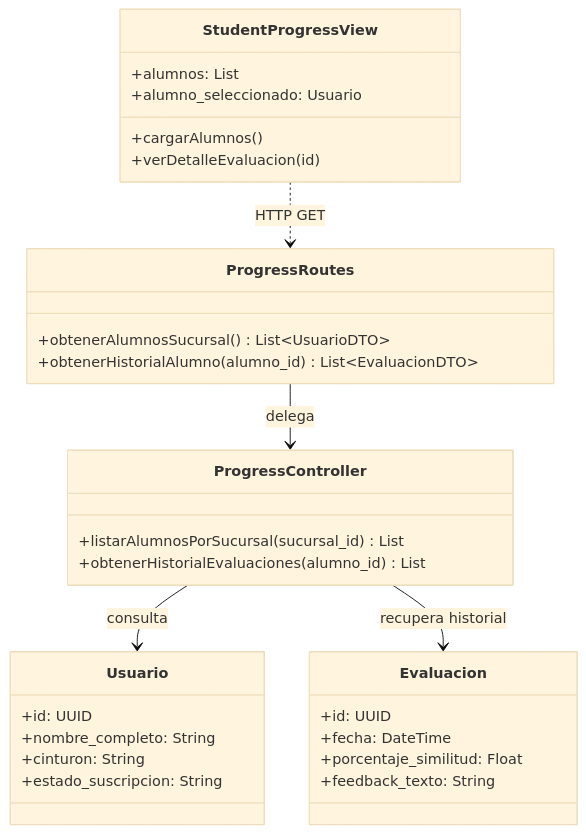
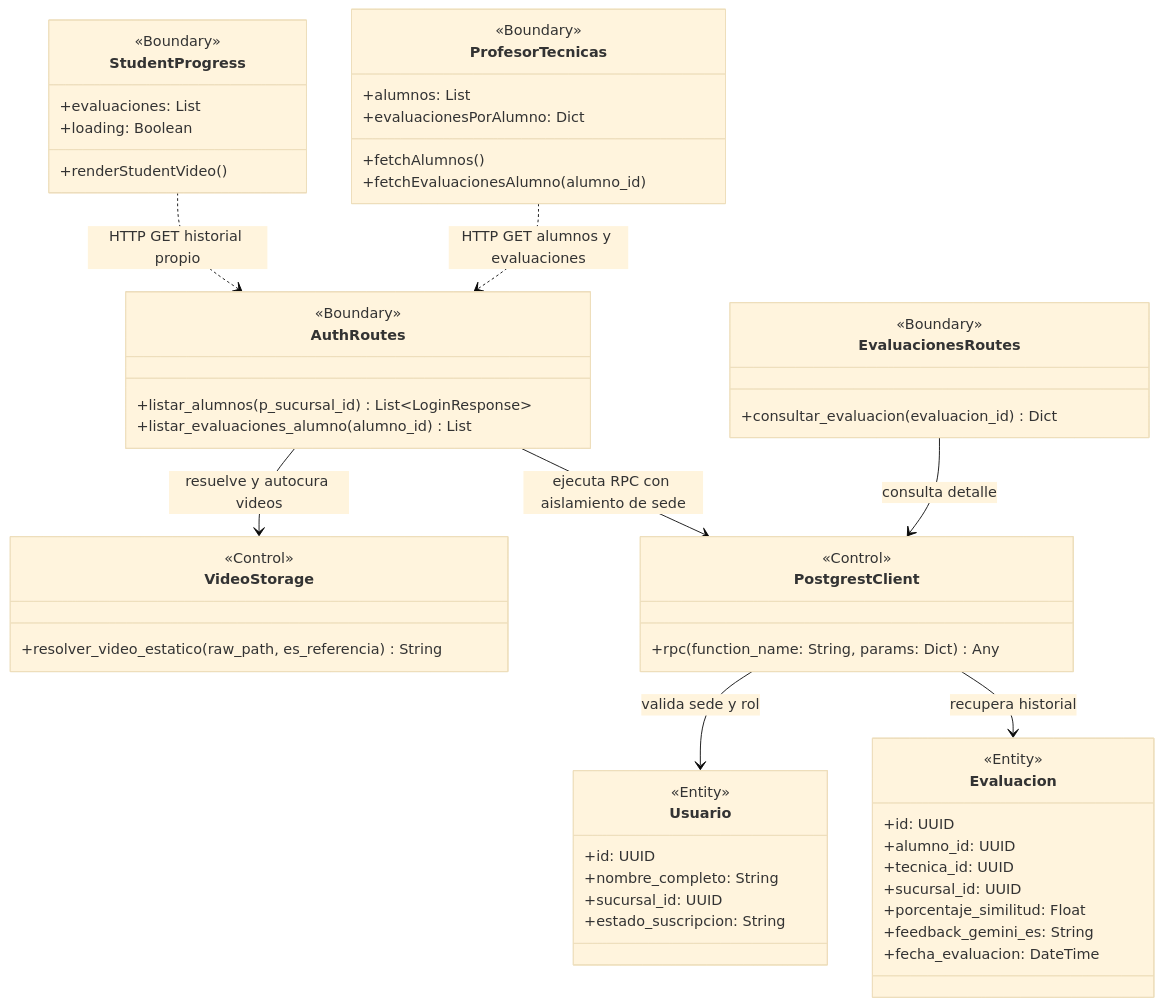
One commit to Tsmrain/JiuJitsu changed the diagram in docs/diagramas/codigo/cu07_clases.mmd. Above: the diagram before and after it, drawn with Mermaid (base theme). The commit also changed 86 other files, not shown here.

Commit message:
docs: actualizar ProyectoGrado bajo ICONIX con diagramas Mermaid, Cap IX y CV, y sincronizar cambios recientes

```diff
--- a/docs/diagramas/codigo/cu07_clases.mmd
+++ b/docs/diagramas/codigo/cu07_clases.mmd
@@ -1,36 +1,63 @@
 classDiagram
-    class StudentProgressView {
-        +alumnos: List
-        +alumno_seleccionado: Usuario
-        +cargarAlumnos()
-        +verDetalleEvaluacion(id)
+    class StudentProgress {
+        <<Boundary>>
+        +evaluaciones: List
+        +loading: Boolean
+        +renderStudentVideo()
     }
 
-    class ProgressRoutes {
-        +obtenerAlumnosSucursal() List~UsuarioDTO~
-        +obtenerHistorialAlumno(alumno_id) List~EvaluacionDTO~
+    class ProfesorTecnicas {
+        <<Boundary>>
+        +alumnos: List
+        +evaluacionesPorAlumno: Dict
+        +fetchAlumnos()
+        +fetchEvaluacionesAlumno(alumno_id)
     }
 
-    class ProgressController {
-        +listarAlumnosPorSucursal(sucursal_id) List
-        +obtenerHistorialEvaluaciones(alumno_id) List
+    class AuthRoutes {
+        <<Boundary>>
+        +listar_alumnos(p_sucursal_id) List~LoginResponse~
+        +listar_evaluaciones_alumno(alumno_id) List
+    }
+
+    class EvaluacionesRoutes {
+        <<Boundary>>
+        +consultar_evaluacion(evaluacion_id) Dict
+    }
+
+    class VideoStorage {
+        <<Control>>
+        +resolver_video_estatico(raw_path, es_referencia) String
+    }
+
+    class PostgrestClient {
+        <<Control>>
+        +rpc(function_name: String, params: Dict) Any
     }
 
     class Usuario {
+        <<Entity>>
         +id: UUID
         +nombre_completo: String
-        +cinturon: String
+        +sucursal_id: UUID
         +estado_suscripcion: String
     }
 
     class Evaluacion {
+        <<Entity>>
         +id: UUID
-        +fecha: DateTime
+        +alumno_id: UUID
+        +tecnica_id: UUID
+        +sucursal_id: UUID
         +porcentaje_similitud: Float
-        +feedback_texto: String
+        +feedback_gemini_es: String
+        +fecha_evaluacion: DateTime
     }
 
-    StudentProgressView ..> ProgressRoutes : HTTP GET
-    ProgressRoutes --> ProgressController : delega
-    ProgressController --> Usuario : consulta
-    ProgressController --> Evaluacion : recupera historial
+    StudentProgress ..> AuthRoutes : HTTP GET historial propio
+    ProfesorTecnicas ..> AuthRoutes : HTTP GET alumnos y evaluaciones
+    AuthRoutes --> PostgrestClient : ejecuta RPC con aislamiento de sede
+    AuthRoutes --> VideoStorage : resuelve y autocura videos
+    EvaluacionesRoutes --> PostgrestClient : consulta detalle
+    PostgrestClient --> Usuario : valida sede y rol
+    PostgrestClient --> Evaluacion : recupera historial
```
